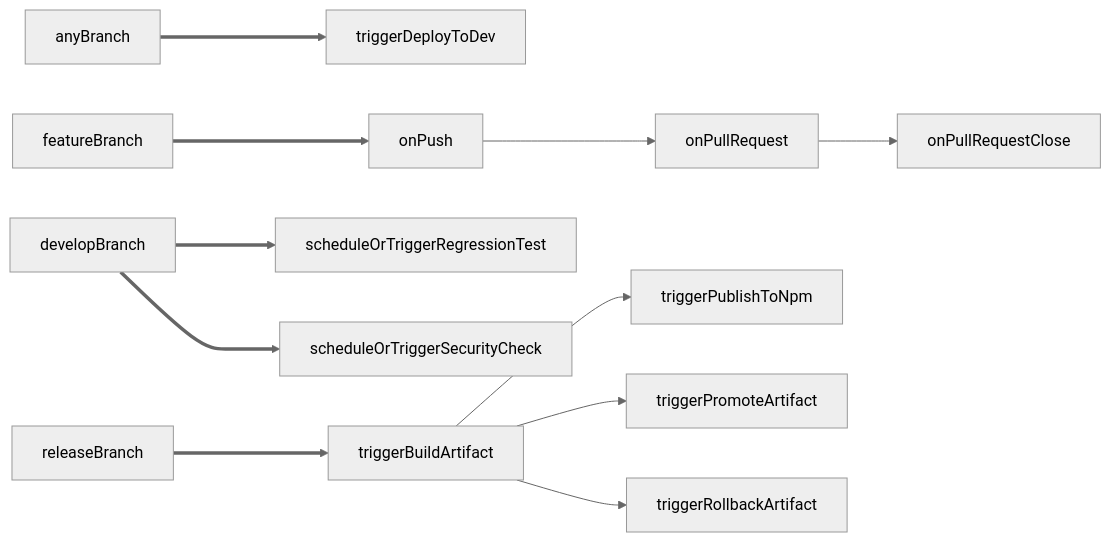
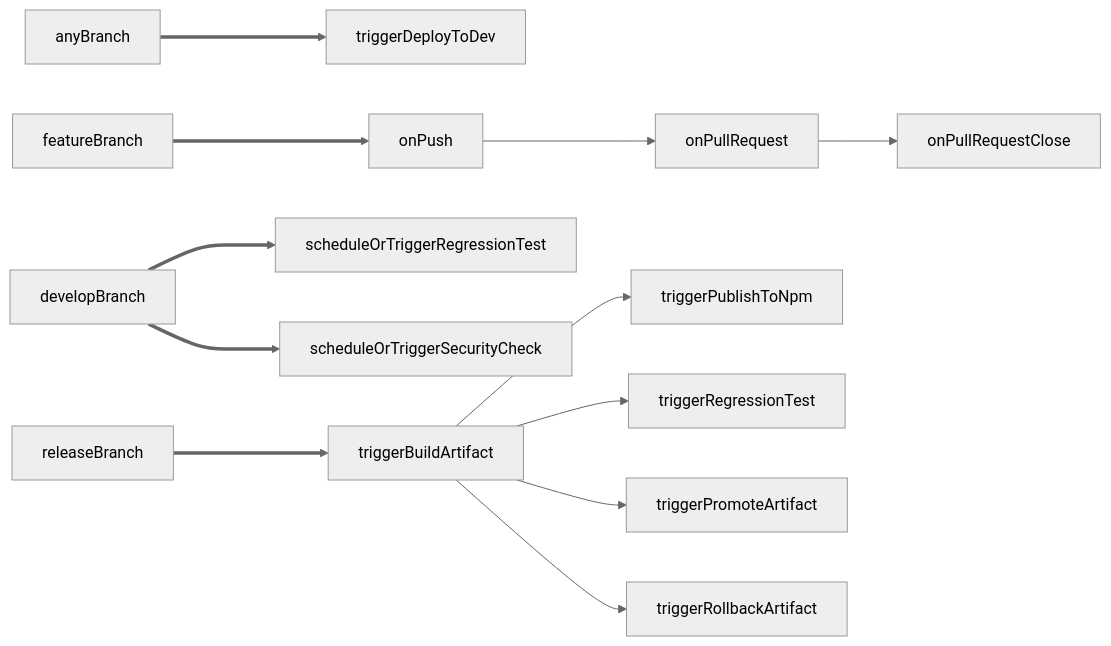
The first of 12 diagrams in docs/pipeline.md (gnowth/gnowth), drawn with Mermaid (neutral theme) before and after one commit. The commit also changed other lines of this file and 11 other files, not shown here.

````diff
--- a/docs/pipeline.md
+++ b/docs/pipeline.md
@@ -23,12 +23,12 @@
 ```mermaid
   graph LR
     anyBranch ===> triggerDeployToDev
 
     featureBranch ===> onPush --> onPullRequest --> onPullRequestClose
 
     developBranch ===> scheduleOrTriggerRegressionTest
 
     developBranch ===> scheduleOrTriggerSecurityCheck
 
-    releaseBranch ===> triggerBuildArtifact --> triggerPublishToNpm & triggerPromoteArtifact & triggerRollbackArtifact
+    releaseBranch ===> triggerBuildArtifact --> triggerPublishToNpm & triggerRegressionTest & triggerPromoteArtifact & triggerRollbackArtifact
 ```
````
